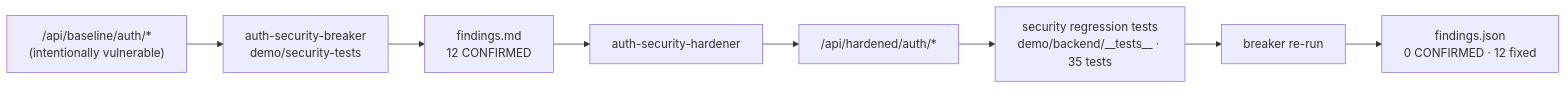
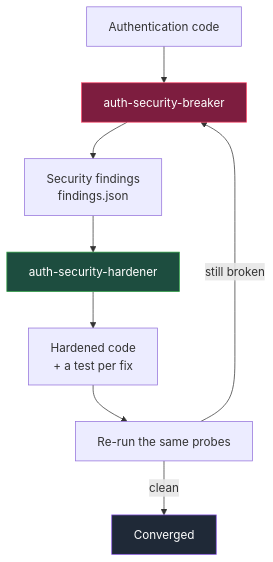
One commit to kashiraza01/auth-security-skill changed the diagram in README.md. Above: the diagram before and after it, drawn with Mermaid. The commit also changed other lines of this file and 19 other files, not shown here.

First line of the commit message:
Launch auth security skill lab

````diff
--- a/README.md
+++ b/README.md
@@ -67,10 +76,14 @@
 ```mermaid
-flowchart LR
-  BL["/api/baseline/auth/*<br/>(intentionally vulnerable)"] --> BRK[auth-security-breaker<br/>demo/security-tests]
-  BRK --> F1["findings.md<br/>12 CONFIRMED"]
-  F1 --> HRD[auth-security-hardener]
-  HRD --> HS["/api/hardened/auth/*"]
-  HS --> RT["security regression tests<br/>demo/backend/__tests__ · 35 tests"]
-  RT --> BRK2[breaker re-run]
-  BRK2 --> F2["findings.json<br/>0 CONFIRMED · 12 fixed"]
+flowchart TD
+  A[Authentication code] --> B[auth-security-breaker]
+  B --> C["Security findings<br/>findings.json"]
+  C --> D[auth-security-hardener]
+  D --> E["Hardened code<br/>+ a test per fix"]
+  E --> F[Re-run the same probes]
+  F -->|still broken| B
+  F -->|clean| G[Converged]
+
+  style B fill:#7d1d3f,stroke:#ff4d6d,color:#fff
+  style D fill:#1d4d3f,stroke:#2ea043,color:#fff
+  style G fill:#1f2937,stroke:#8957e5,color:#fff
 ```
````
